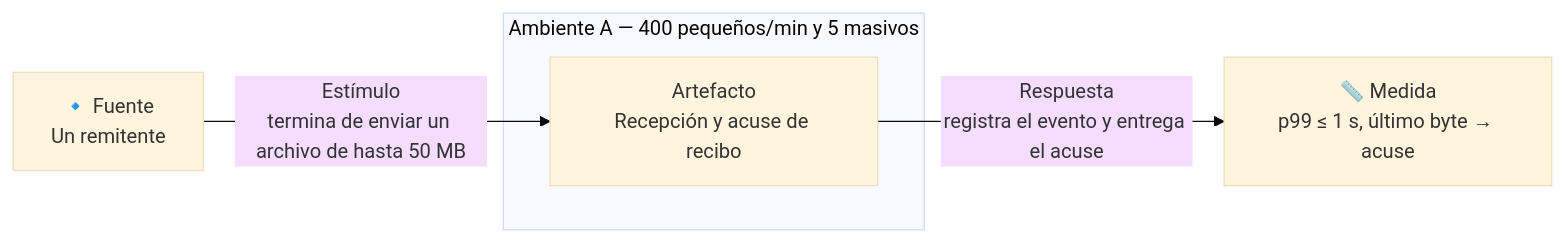
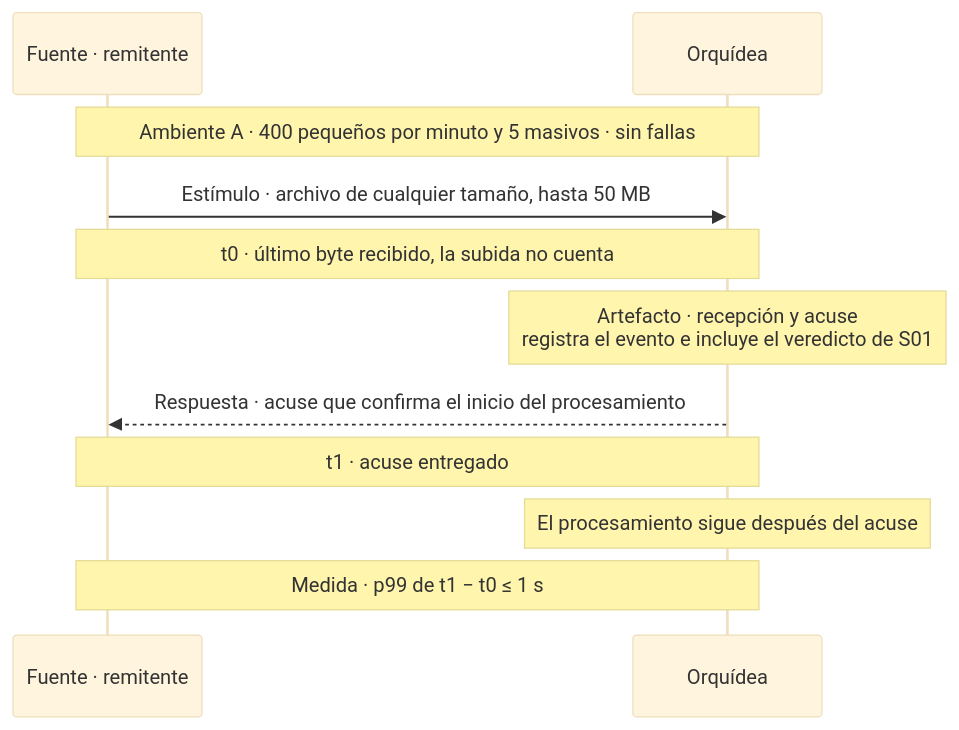
One commit to MATI-MBIT/arqsoft-reto-4 changed the ninth of 17 diagrams in docs/quality-attributes.md. Above: the diagram before and after it, drawn with Mermaid (base theme). The commit also changed other lines of this file, not shown here.

Commit message:
Cambia los diagramas de los ASR por diagramas de secuencia con t0, t1 y la medida

````diff
--- a/docs/quality-attributes.md
+++ b/docs/quality-attributes.md
@@ -344,9 +395,13 @@
 ```mermaid
-flowchart LR
-    F["🔹 Fuente<br/>Un remitente"]
-    F -- "Estímulo<br/>termina de enviar un archivo de hasta 50 MB" --> A
-    subgraph AMB["Ambiente A — 400 pequeños/min y 5 masivos"]
-        A["Artefacto<br/>Recepción y acuse de recibo"]
-    end
-    A -- "Respuesta<br/>registra el evento y entrega el acuse" --> M["📏 Medida<br/>p99 ≤ 1 s, último byte → acuse"]
+sequenceDiagram
+    participant R as Fuente · remitente
+    participant O as Orquídea
+    Note over R,O: Ambiente A · 400 pequeños por minuto y 5 masivos · sin fallas
+    R->>O: Estímulo · archivo de cualquier tamaño, hasta 50 MB
+    Note over R,O: t0 · último byte recibido, la subida no cuenta
+    Note over O: Artefacto · recepción y acuse<br/>registra el evento e incluye el veredicto de S01
+    O-->>R: Respuesta · acuse que confirma el inicio del procesamiento
+    Note over R,O: t1 · acuse entregado
+    Note over O: El procesamiento sigue después del acuse
+    Note over R,O: Medida · p99 de t1 − t0 ≤ 1 s
 ```
````
